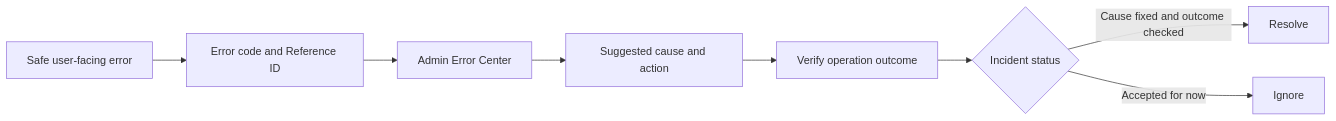
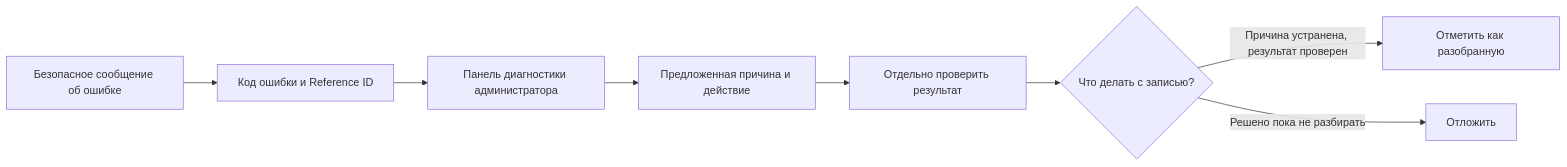
One commit to filatelist-hitech/CVortex changed the fourth of 4 diagrams in docs/00-Home/Process-Map.md. Above: the diagram before and after it, drawn with Mermaid. The commit also changed other lines of this file and 11 other files, not shown here.

````diff
--- a/docs/00-Home/Process-Map.md
+++ b/docs/00-Home/Process-Map.md
@@ -87,10 +87,10 @@
 ```mermaid
 flowchart LR
-  Error[Safe user-facing error] --> Reference[Error code and Reference ID]
-  Reference --> Center[Admin Error Center]
-  Center --> Action[Suggested cause and action]
-  Action --> Verify[Verify operation outcome]
-  Verify --> Status{Incident status}
-  Status -->|Cause fixed and outcome checked| Resolve[Resolve]
-  Status -->|Accepted for now| Ignore[Ignore]
+  Error[Безопасное сообщение об ошибке] --> Reference[Код ошибки и Reference ID]
+  Reference --> Center[Панель диагностики администратора]
+  Center --> Action[Предложенная причина и действие]
+  Action --> Verify[Отдельно проверить результат]
+  Verify --> Status{Что делать с записью?}
+  Status -->|Причина устранена, результат проверен| Resolve[Отметить как разобранную]
+  Status -->|Решено пока не разбирать| Ignore[Отложить]
 ```
````
